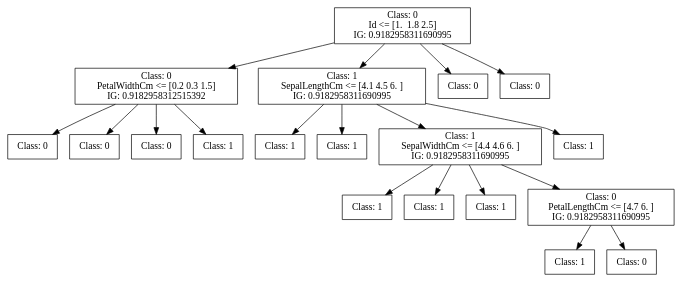
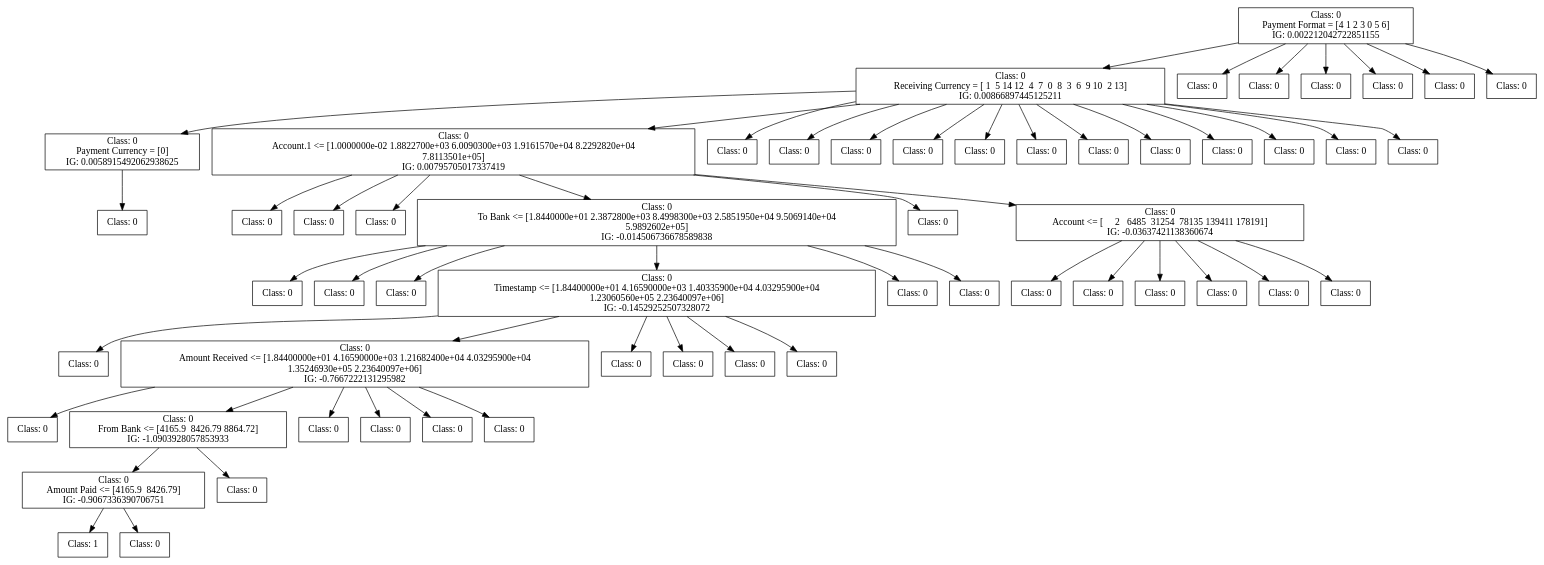
One commit to FedericoBruzzone/anti-money-laundering changed the diagram in dot_figs/tree-id3.dot. Above: the diagram before and after it, drawn with Graphviz. The commit also changed 14 other files, not shown here.

```diff
--- a/dot_figs/tree-id3.dot
+++ b/dot_figs/tree-id3.dot
@@ -1,65 +1,188 @@
 digraph DecisionTree {
 	rankdir=TD;
 	node [shape=box];
-	140498706068864 [label="Class: 0
-Id <= [1.  1.8 2.5]
-IG: 0.9182958311690995"];
-	140498705840592 [label="Class: 0
-PetalWidthCm <= [0.2 0.3 1.5]
-IG: 0.9182958312515392"];
-	140498706068864 -> 140498705840592;
-	140498705838864 [label="Class: 0
+	140446008335696 [label="Class: 0
+Payment Format = [4 1 2 3 0 5 6]
+IG: 0.002212042722851155"];
+	140445856805552 [label="Class: 0
+Receiving Currency = [ 1  5 14 12  4  7  0  8  3  6  9 10  2 13]
+IG: 0.00866897445125211"];
+	140446008335696 -> 140445856805552;
+	140445856807856 [label="Class: 0
+Payment Currency = [0]
+IG: 0.0058915492062938625"];
+	140445856805552 -> 140445856807856;
+	140445856805888 [label="Class: 0
 "];
-	140498705840592 -> 140498705838864;
-	140498705834688 [label="Class: 0
+	140445856807856 -> 140445856805888;
+	140445856801808 [label="Class: 0
+Account.1 <= [1.0000000e-02 1.8822700e+03 6.0090300e+03 1.9161570e+04 8.2292820e+04
+ 7.8113501e+05]
+IG: 0.00795705017337419"];
+	140445856805552 -> 140445856801808;
+	140445856805696 [label="Class: 0
 "];
-	140498705840592 -> 140498705834688;
-	140498705839680 [label="Class: 0
+	140445856801808 -> 140445856805696;
+	140445856803440 [label="Class: 0
 "];
-	140498705840592 -> 140498705839680;
-	140498705841840 [label="Class: 1
+	140445856801808 -> 140445856803440;
+	140445856806944 [label="Class: 0
 "];
-	140498705840592 -> 140498705841840;
-	140498705834640 [label="Class: 1
-SepalLengthCm <= [4.1 4.5 6. ]
-IG: 0.9182958311690995"];
-	140498706068864 -> 140498705834640;
-	140498706192832 [label="Class: 1
+	140445856801808 -> 140445856806944;
+	140445856805984 [label="Class: 0
+To Bank <= [1.8440000e+01 2.3872800e+03 8.4998300e+03 2.5851950e+04 9.5069140e+04
+ 5.9892602e+05]
+IG: -0.014506736678589838"];
+	140445856801808 -> 140445856805984;
+	140445856807088 [label="Class: 0
 "];
-	140498705834640 -> 140498706192832;
-	140498706192208 [label="Class: 1
+	140445856805984 -> 140445856807088;
+	140445856803536 [label="Class: 0
 "];
-	140498705834640 -> 140498706192208;
-	140498706188656 [label="Class: 1
-SepalWidthCm <= [4.4 4.6 6. ]
-IG: 0.9182958311690995"];
-	140498705834640 -> 140498706188656;
-	140498706194224 [label="Class: 1
+	140445856805984 -> 140445856803536;
+	140445856802432 [label="Class: 0
 "];
-	140498706188656 -> 140498706194224;
-	140498706194080 [label="Class: 1
+	140445856805984 -> 140445856802432;
+	140445856803872 [label="Class: 0
+Timestamp <= [1.84400000e+01 4.16590000e+03 1.40335900e+04 4.03295900e+04
+ 1.23060560e+05 2.23640097e+06]
+IG: -0.14529252507328072"];
+	140445856805984 -> 140445856803872;
+	140445856891952 [label="Class: 0
 "];
-	140498706188656 -> 140498706194080;
-	140498706186736 [label="Class: 1
+	140445856803872 -> 140445856891952;
+	140445856892144 [label="Class: 0
+Amount Received <= [1.84400000e+01 4.16590000e+03 1.21682400e+04 4.03295900e+04
+ 1.35246930e+05 2.23640097e+06]
+IG: -0.7667222131295982"];
+	140445856803872 -> 140445856892144;
+	140445916699936 [label="Class: 0
 "];
-	140498706188656 -> 140498706186736;
-	140498706193600 [label="Class: 0
-PetalLengthCm <= [4.7 6. ]
-IG: 0.9182958311690995"];
-	140498706188656 -> 140498706193600;
-	140498706188848 [label="Class: 1
+	140445856892144 -> 140445916699936;
+	140445916699744 [label="Class: 0
+From Bank <= [4165.9  8426.79 8864.72]
+IG: -1.0903928057853933"];
+	140445856892144 -> 140445916699744;
+	140445856891136 [label="Class: 0
+Amount Paid <= [4165.9  8426.79]
+IG: -0.9067336390706751"];
+	140445916699744 -> 140445856891136;
+	140445856893872 [label="Class: 1
 "];
-	140498706193600 -> 140498706188848;
-	140498706195184 [label="Class: 0
+	140445856891136 -> 140445856893872;
+	140445856895312 [label="Class: 0
 "];
-	140498706193600 -> 140498706195184;
-	140498706192544 [label="Class: 1
+	140445856891136 -> 140445856895312;
+	140445856891856 [label="Class: 0
 "];
-	140498705834640 -> 140498706192544;
-	140498705836560 [label="Class: 0
+	140445916699744 -> 140445856891856;
+	140445916699552 [label="Class: 0
 "];
-	140498706068864 -> 140498705836560;
-	140498705836416 [label="Class: 0
+	140445856892144 -> 140445916699552;
+	140445916699456 [label="Class: 0
 "];
-	140498706068864 -> 140498705836416;
+	140445856892144 -> 140445916699456;
+	140445916699792 [label="Class: 0
+"];
+	140445856892144 -> 140445916699792;
+	140445916699216 [label="Class: 0
+"];
+	140445856892144 -> 140445916699216;
+	140445856892480 [label="Class: 0
+"];
+	140445856803872 -> 140445856892480;
+	140445856893584 [label="Class: 0
+"];
+	140445856803872 -> 140445856893584;
+	140445856892816 [label="Class: 0
+"];
+	140445856803872 -> 140445856892816;
+	140445856891088 [label="Class: 0
+"];
+	140445856803872 -> 140445856891088;
+	140445856808096 [label="Class: 0
+"];
+	140445856805984 -> 140445856808096;
+	140445856804544 [label="Class: 0
+"];
+	140445856805984 -> 140445856804544;
+	140445856807904 [label="Class: 0
+"];
+	140445856801808 -> 140445856807904;
+	140445856808912 [label="Class: 0
+Account <= [     2   6485  31254  78135 139411 178191]
+IG: -0.03637421138360674"];
+	140445856801808 -> 140445856808912;
+	140445856893776 [label="Class: 0
+"];
+	140445856808912 -> 140445856893776;
+	140445856892960 [label="Class: 0
+"];
+	140445856808912 -> 140445856892960;
+	140445856892384 [label="Class: 0
+"];
+	140445856808912 -> 140445856892384;
+	140445856893536 [label="Class: 0
+"];
+	140445856808912 -> 140445856893536;
+	140445856895648 [label="Class: 0
+"];
+	140445856808912 -> 140445856895648;
+	140445856894880 [label="Class: 0
+"];
+	140445856808912 -> 140445856894880;
+	140445856800416 [label="Class: 0
+"];
+	140445856805552 -> 140445856800416;
+	140445856805792 [label="Class: 0
+"];
+	140445856805552 -> 140445856805792;
+	140445856794128 [label="Class: 0
+"];
+	140445856805552 -> 140445856794128;
+	140445856806512 [label="Class: 0
+"];
+	140445856805552 -> 140445856806512;
+	140445856805408 [label="Class: 0
+"];
+	140445856805552 -> 140445856805408;
+	140445856806896 [label="Class: 0
+"];
+	140445856805552 -> 140445856806896;
+	140445856808768 [label="Class: 0
+"];
+	140445856805552 -> 140445856808768;
+	140445856798832 [label="Class: 0
+"];
+	140445856805552 -> 140445856798832;
+	140445856807808 [label="Class: 0
+"];
+	140445856805552 -> 140445856807808;
+	140445856796624 [label="Class: 0
+"];
+	140445856805552 -> 140445856796624;
+	140445856799888 [label="Class: 0
+"];
+	140445856805552 -> 140445856799888;
+	140445856808432 [label="Class: 0
+"];
+	140445856805552 -> 140445856808432;
+	140445856799792 [label="Class: 0
+"];
+	140446008335696 -> 140445856799792;
+	140445856802480 [label="Class: 0
+"];
+	140446008335696 -> 140445856802480;
+	140445856797632 [label="Class: 0
+"];
+	140446008335696 -> 140445856797632;
+	140445856803920 [label="Class: 0
+"];
+	140446008335696 -> 140445856803920;
+	140445856799072 [label="Class: 0
+"];
+	140446008335696 -> 140445856799072;
+	140445856804496 [label="Class: 0
+"];
+	140446008335696 -> 140445856804496;
 }
```
